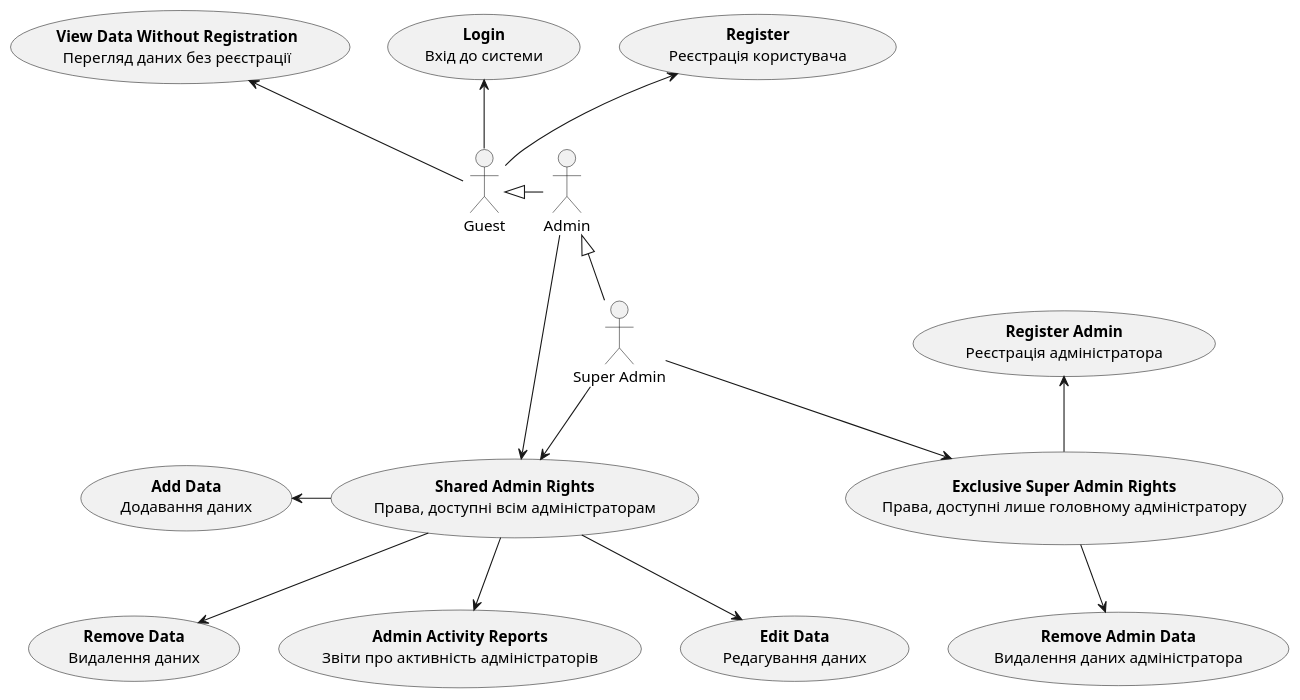
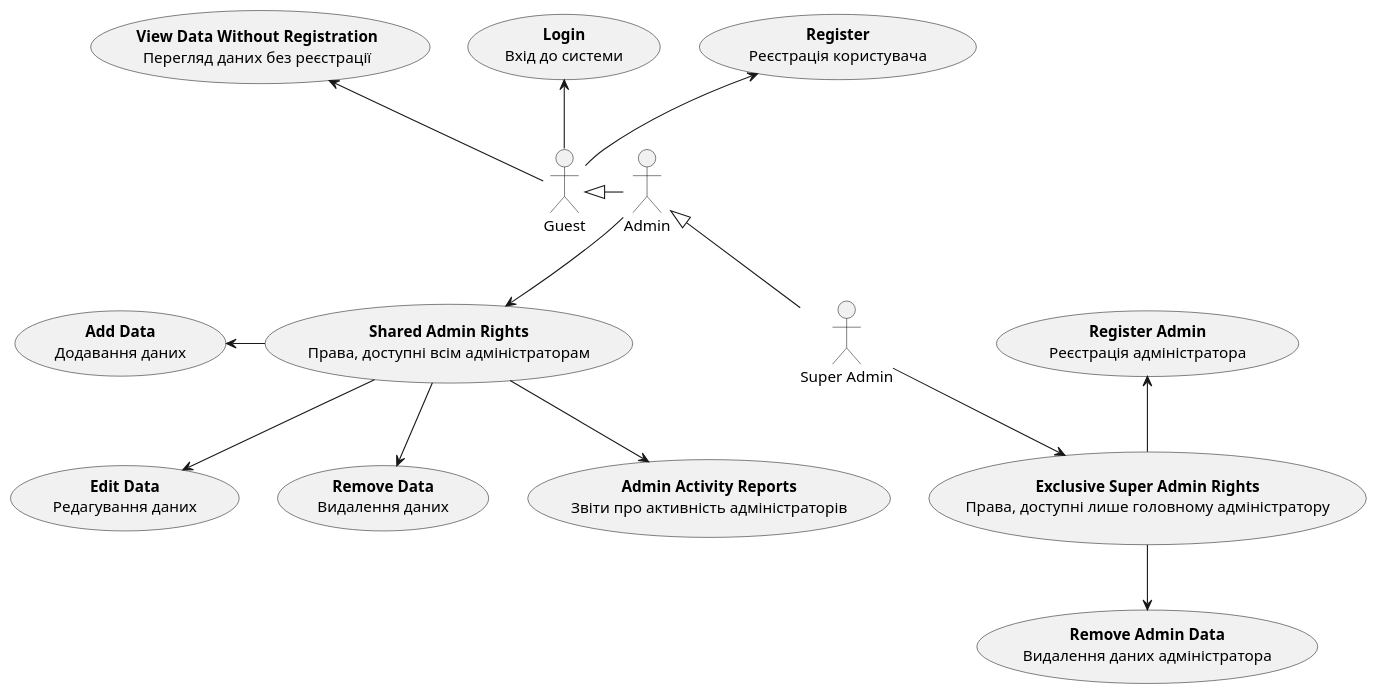
One commit to nevdaha2103/open_data_management_system changed the first of 13 diagrams in docs/use cases/README.md. Above: the diagram before and after it, drawn with PlantUML.

Commit message:
delete arrow in 1st scheme

```diff
--- a/docs/use cases/README.md
+++ b/docs/use cases/README.md
@@ -7,41 +7,40 @@
 @startuml
 
     actor "Guest" as Guest
     actor "Admin" as Admin
     actor "Super Admin" as SuperAdmin
 
     usecase "<b>Register</b>\nРеєстрація користувача" as UC_1
     usecase "<b>Login</b>\nВхід до системи" as UC_2
     usecase "<b>View Data Without Registration</b>\nПерегляд даних без реєстрації" as UC_3
     usecase "<b>Add Data</b>\nДодавання даних" as UC_4
     usecase "<b>Edit Data</b>\nРедагування даних" as UC_5
     usecase "<b>Remove Data</b>\nВидалення даних" as UC_6
     usecase "<b>Admin Activity Reports</b>\nЗвіти про активність адміністраторів" as UC_7
     usecase "<b>Register Admin</b>\nРеєстрація адміністратора" as UC_9
     usecase "<b>Remove Admin Data</b>\nВидалення даних адміністратора" as UC_10
 
     ' Категорії прав Super Admin
     usecase "<b>Shared Admin Rights</b>\nПрава, доступні всім адміністраторам" as CAT_1
     usecase "<b>Exclusive Super Admin Rights</b>\nПрава, доступні лише головному адміністратору" as CAT_2
 
     ' Права, доступні всім адміністраторам
     CAT_1 -l-> UC_4
     CAT_1 -d-> UC_5
     CAT_1 -d-> UC_6
     CAT_1 -d-> UC_7
 
     ' Права, доступні лише Super Admin
     CAT_2 -u-> UC_9
     CAT_2 -d-> UC_10
 
     Guest -u-> UC_1
     Guest -u-> UC_2
     Guest -u-> UC_3
 
     SuperAdmin -u-|> Admin
     Admin -l-|> Guest
     SuperAdmin -d-> CAT_2
-    SuperAdmin -d-> CAT_1
     Admin -d-> CAT_1
 
 @enduml
```
